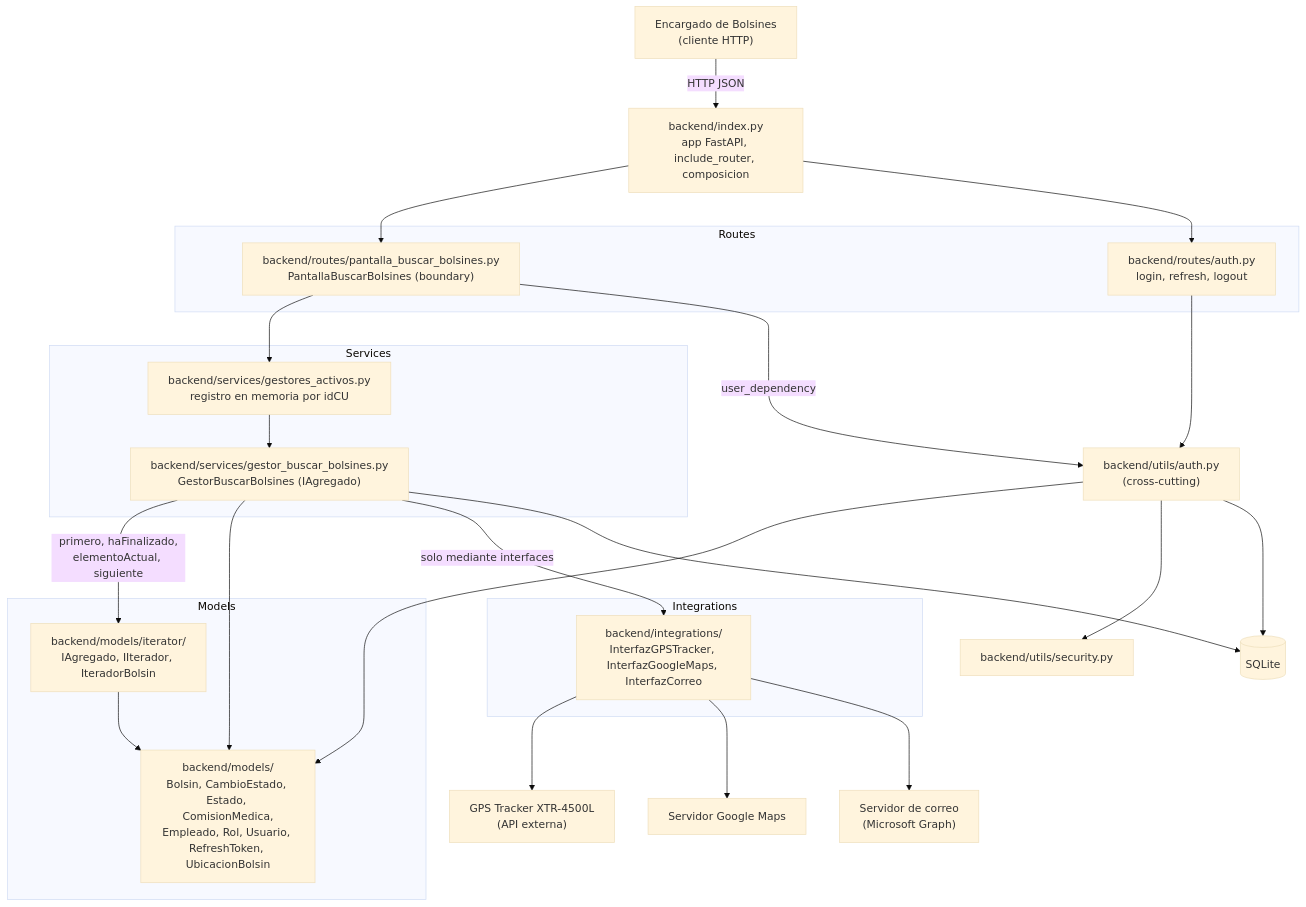
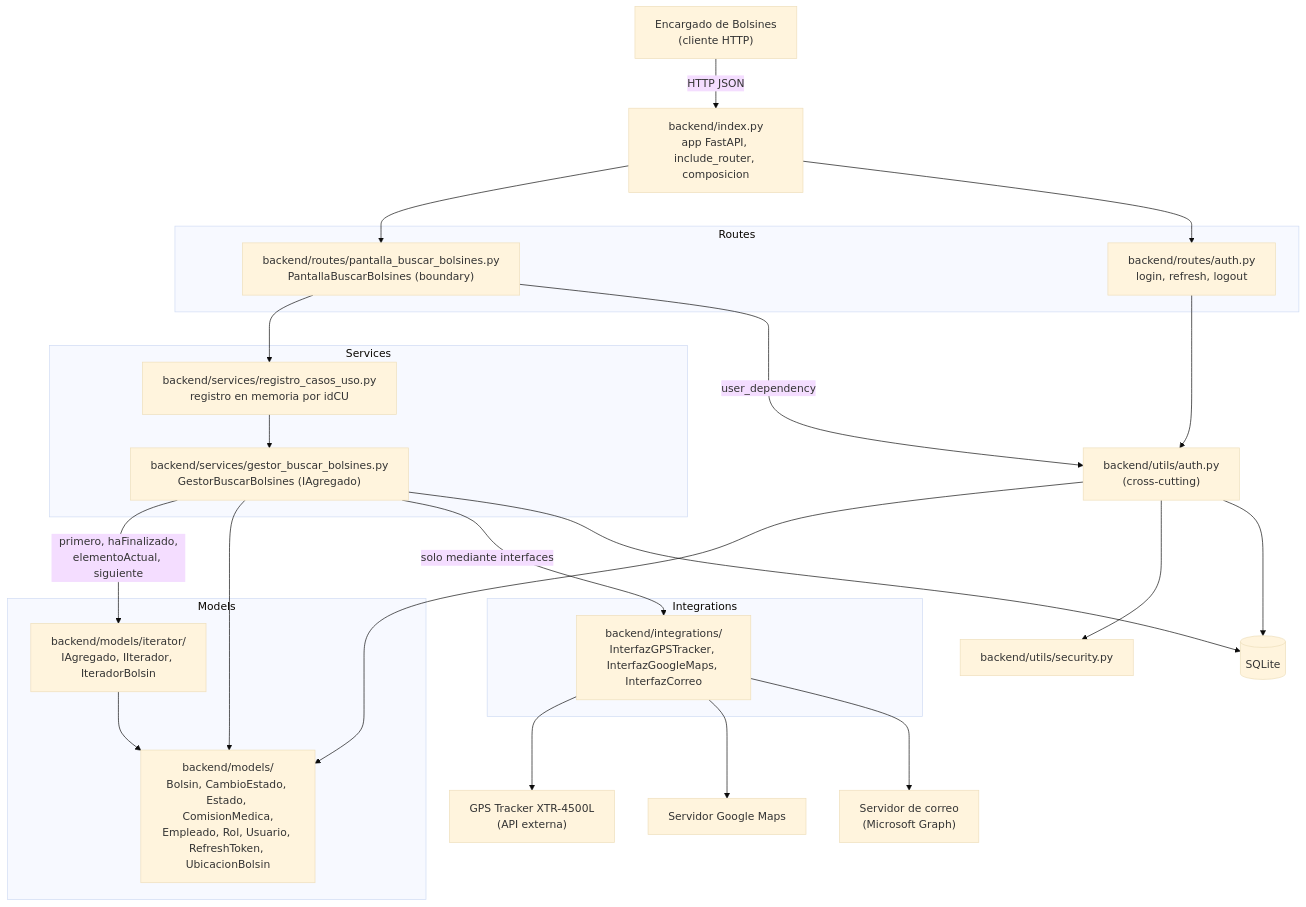
The diagram in docs/01-arquitectura.md (JoaquinMorais/DSI-TPI-Bolsines), drawn with Mermaid (base theme) before and after one commit. The commit also changed other lines of this file and 17 other files, not shown here.

First line of the commit message:
Gestor del CU 36 con nombres del diagrama y flujos A1-A5

````diff
--- a/docs/01-arquitectura.md
+++ b/docs/01-arquitectura.md
@@ -7,43 +7,43 @@
 ```mermaid
 flowchart TD
   EB["Encargado de Bolsines<br/>(cliente HTTP)"] -->|HTTP JSON| IDX
 
   IDX["backend/index.py<br/>app FastAPI, include_router, composicion"]
 
   subgraph Routes
     R["backend/routes/pantalla_buscar_bolsines.py<br/>PantallaBuscarBolsines (boundary)"]
     RA["backend/routes/auth.py<br/>login, refresh, logout"]
   end
 
   subgraph Services
-    GA["backend/services/gestores_activos.py<br/>registro en memoria por idCU"]
+    GA["backend/services/registro_casos_uso.py<br/>registro en memoria por idCU"]
     S["backend/services/gestor_buscar_bolsines.py<br/>GestorBuscarBolsines (IAgregado)"]
   end
 
   subgraph Models
     IT["backend/models/iterator/<br/>IAgregado, IIterador, IteradorBolsin"]
     E["backend/models/<br/>Bolsin, CambioEstado, Estado, ComisionMedica,<br/>Empleado, Rol, Usuario, RefreshToken, UbicacionBolsin"]
   end
 
   subgraph Integrations
     I["backend/integrations/<br/>InterfazGPSTracker, InterfazGoogleMaps, InterfazCorreo"]
   end
 
   IDX --> R
   IDX --> RA
   R --> GA
   GA --> S
   S -->|primero, haFinalizado,<br/>elementoActual, siguiente| IT
   IT --> E
   S --> E
   S -->|solo mediante interfaces| I
   I --> GPS["GPS Tracker XTR-4500L<br/>(API externa)"]
   I --> GM["Servidor Google Maps"]
   I --> MAIL["Servidor de correo<br/>(Microsoft Graph)"]
   R -->|user_dependency| AUTH["backend/utils/auth.py<br/>(cross-cutting)"]
   RA --> AUTH
   AUTH --> E
   AUTH --> SEC["backend/utils/security.py"]
   S --> DB[("SQLite")]
   AUTH --> DB
 ```
````
